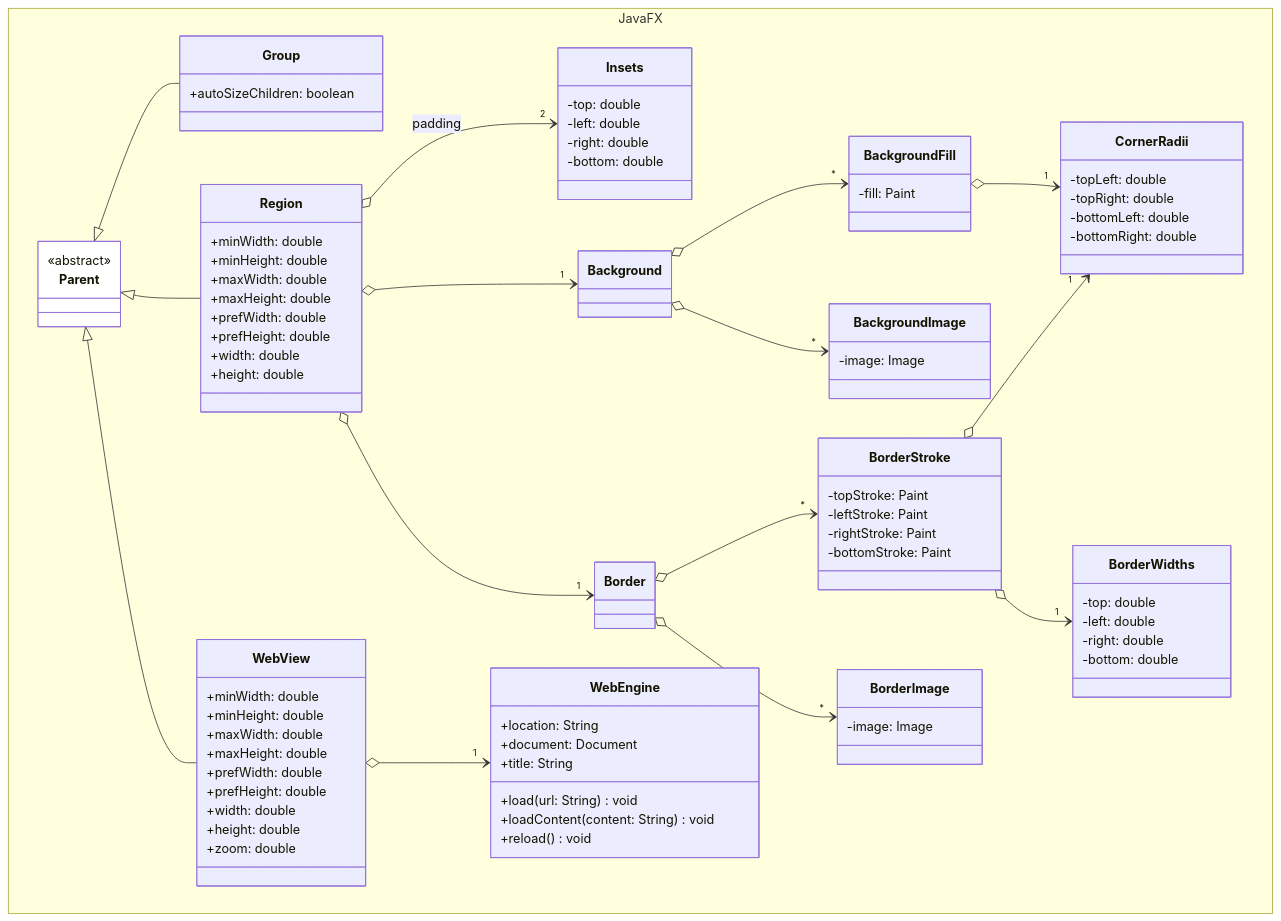
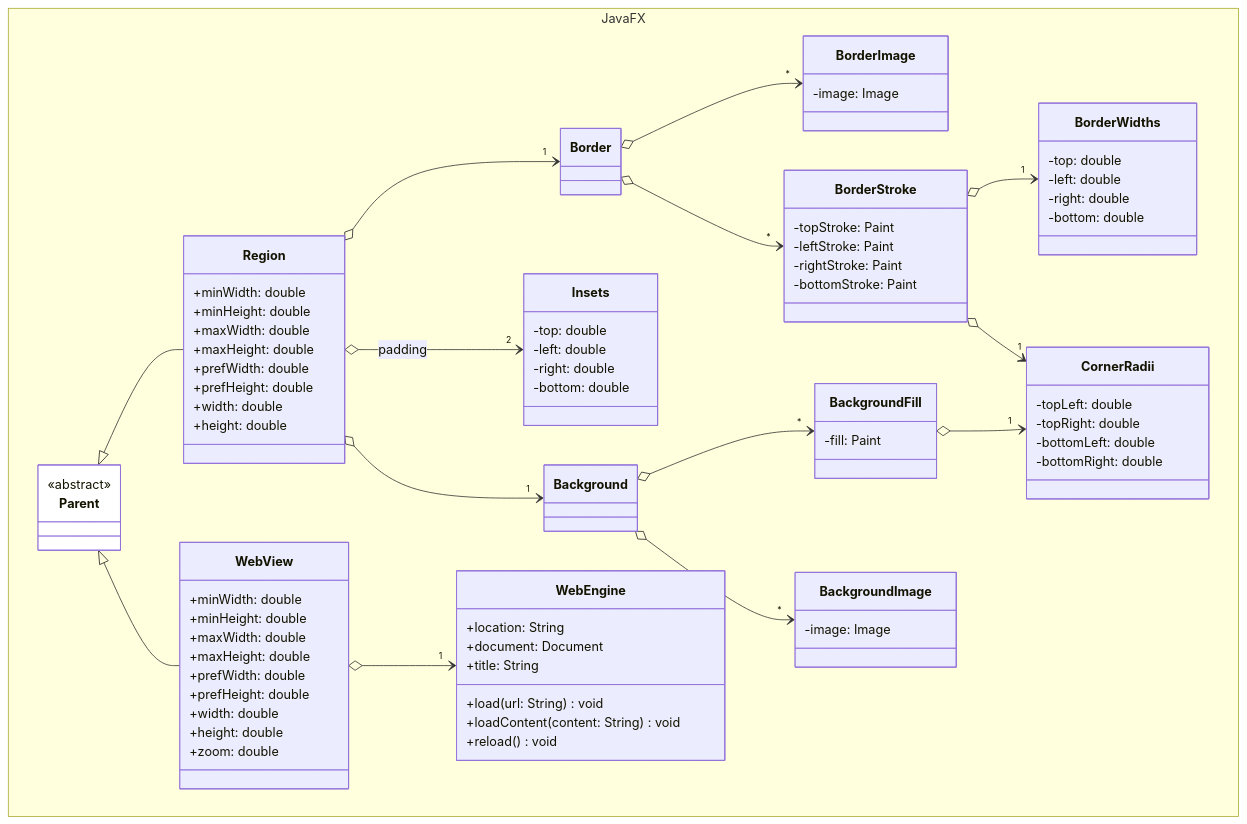
The diagram in Grafiken/JavaFX/Parent.mmd (ghackenberg/kurs-java-programmierung), drawn with Mermaid before and after one commit. The commit also changed 82 other files, not shown here.

```diff
--- a/Grafiken/JavaFX/Parent.mmd
+++ b/Grafiken/JavaFX/Parent.mmd
@@ -1,118 +1,112 @@
 classDiagram
 
     namespace JavaFX {
 
         class Parent {
             <<abstract>>
-        }
-
-        class Group {
-            +autoSizeChildren: boolean
         }
 
         class Region {
             +minWidth: double
             +minHeight: double
             +maxWidth: double
             +maxHeight: double
             +prefWidth: double
             +prefHeight: double
             +width: double
             +height: double
         }
 
         class WebView {
             +minWidth: double
             +minHeight: double
             +maxWidth: double
             +maxHeight: double
             +prefWidth: double
             +prefHeight: double
             +width: double
             +height: double
             +zoom: double
         }
 
         class WebEngine {
             +location: String
             +document: Document
             +title: String
             +load(url: String) void
             +loadContent(content: String) void
             +reload() void
         }
 
         class Background {
 
         }
 
         class BackgroundFill {
             -fill: Paint
         }
 
         class BackgroundImage {
             -image: Image
         }
 
         class Border {
 
         }
 
         class BorderStroke {
             -topStroke: Paint
             -leftStroke: Paint
             -rightStroke: Paint
             -bottomStroke: Paint
         }
 
         class BorderImage {
             -image: Image
         }
 
         class Insets {
             -top: double
             -left: double
             -right: double
             -bottom: double
         }
 
         class CornerRadii {
             -topLeft: double
             -topRight: double
             -bottomLeft: double
             -bottomRight: double
         }
 
         class BorderWidths {
             -top: double
             -left: double
             -right: double
             -bottom: double
         }
 
     }
 
-    Parent <|-- Group
-
     Parent <|-- Region
 
     Parent <|-- WebView
 
+    Region o-->"1" Border
     Region o-->"2" Insets: padding
     Region o-->"1" Background
-    Region o-->"1" Border
+
+    Border o-->"*" BorderImage
+    Border o-->"*" BorderStroke
 
     Background o-->"*" BackgroundFill
     Background o-->"*" BackgroundImage
 
-    Border o-->"*" BorderStroke
-    Border o-->"*" BorderImage
+    BorderStroke o-->"1" BorderWidths
+    BorderStroke o-->"1" CornerRadii
 
     BackgroundFill o-->"1" CornerRadii
-
-    BorderStroke o-->"1" CornerRadii
-    BorderStroke o-->"1" BorderWidths
 
     WebView o-->"1" WebEngine
 
     style Parent fill:white
```
